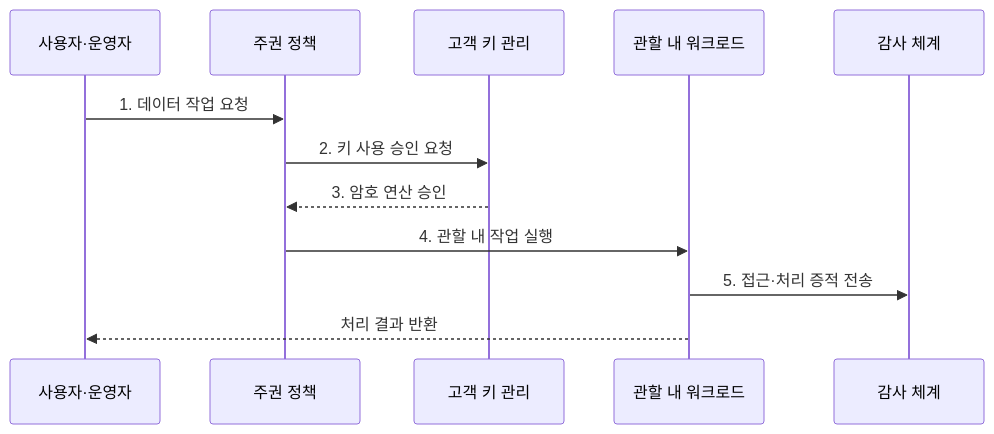
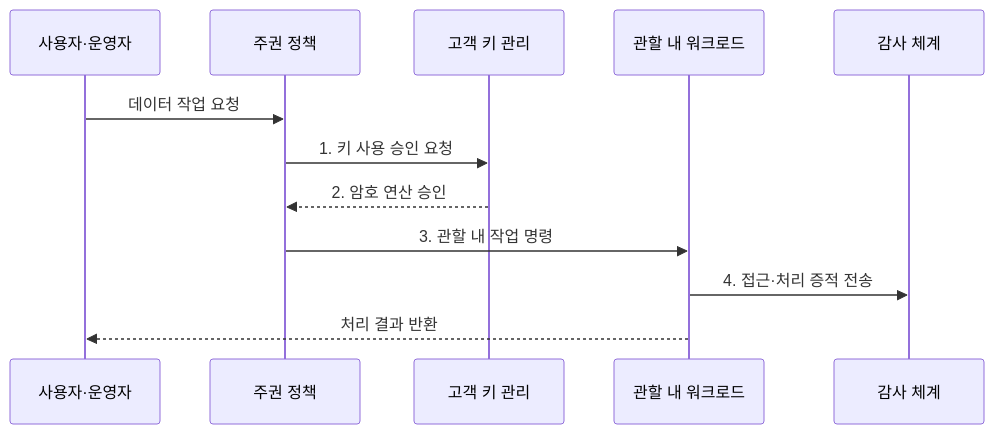
Before and after one commit to agnusdei1207/knowledge-base: the second of 2 diagrams in src/content/docs/notes/03-software/168_sovereign_cloud.md, drawn with Mermaid. The commit also changed other lines of this file and 20 other files, not shown here.

````diff
--- a/src/content/docs/notes/03-software/168_sovereign_cloud.md
+++ b/src/content/docs/notes/03-software/168_sovereign_cloud.md
@@ -83,14 +83,14 @@
 ```mermaid
 sequenceDiagram
     participant U as 사용자·운영자
     participant P as 주권 정책
     participant K as 고객 키 관리
     participant W as 관할 내 워크로드
     participant A as 감사 체계
-    U->>P: 1. 데이터 작업 요청
-    P->>K: 2. 키 사용 승인 요청
-    K-->>P: 3. 암호 연산 승인
-    P->>W: 4. 관할 내 작업 실행
-    W->>A: 5. 접근·처리 증적 전송
+    U->>P: 데이터 작업 요청
+    P->>K: 1. 키 사용 승인 요청
+    K-->>P: 2. 암호 연산 승인
+    P->>W: 3. 관할 내 작업 명령
+    W->>A: 4. 접근·처리 증적 전송
     W-->>U: 처리 결과 반환
 ```
````
